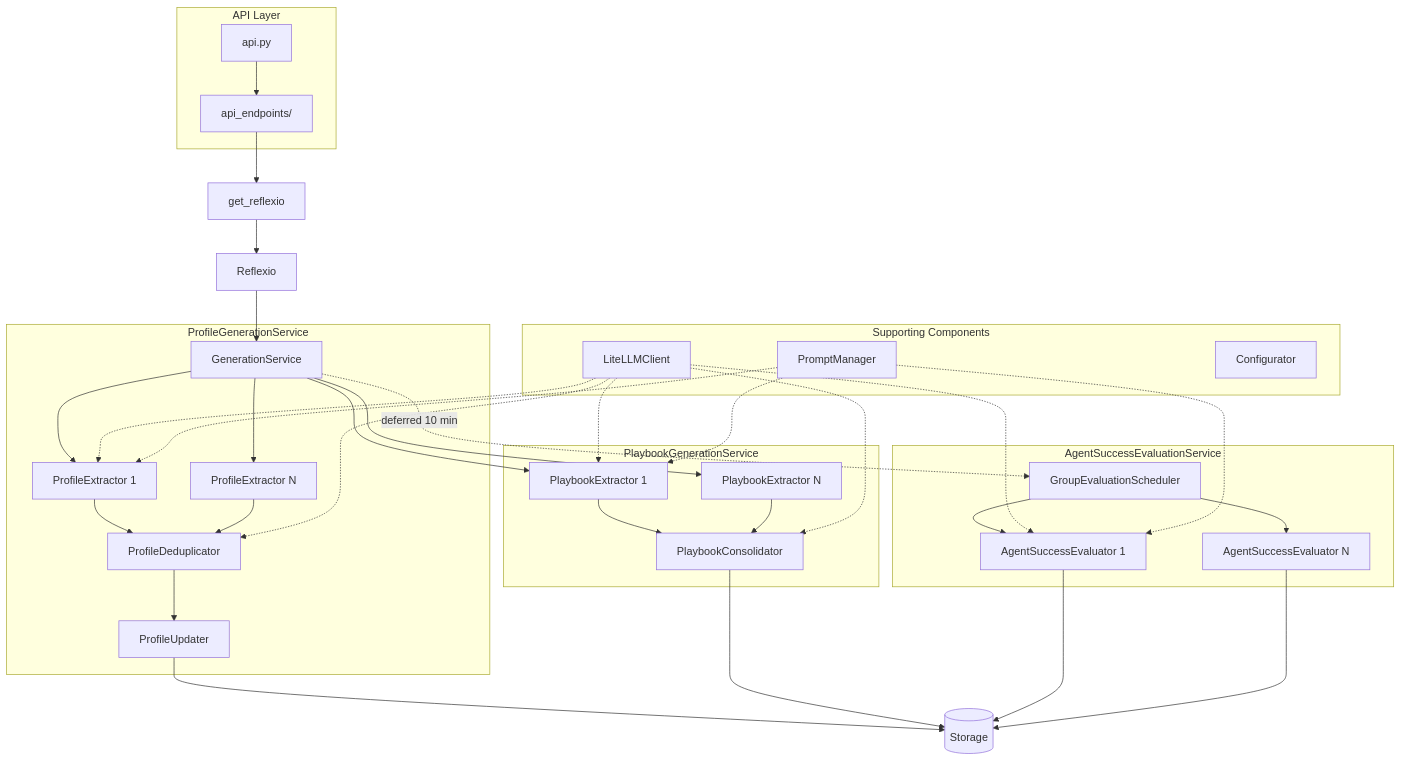
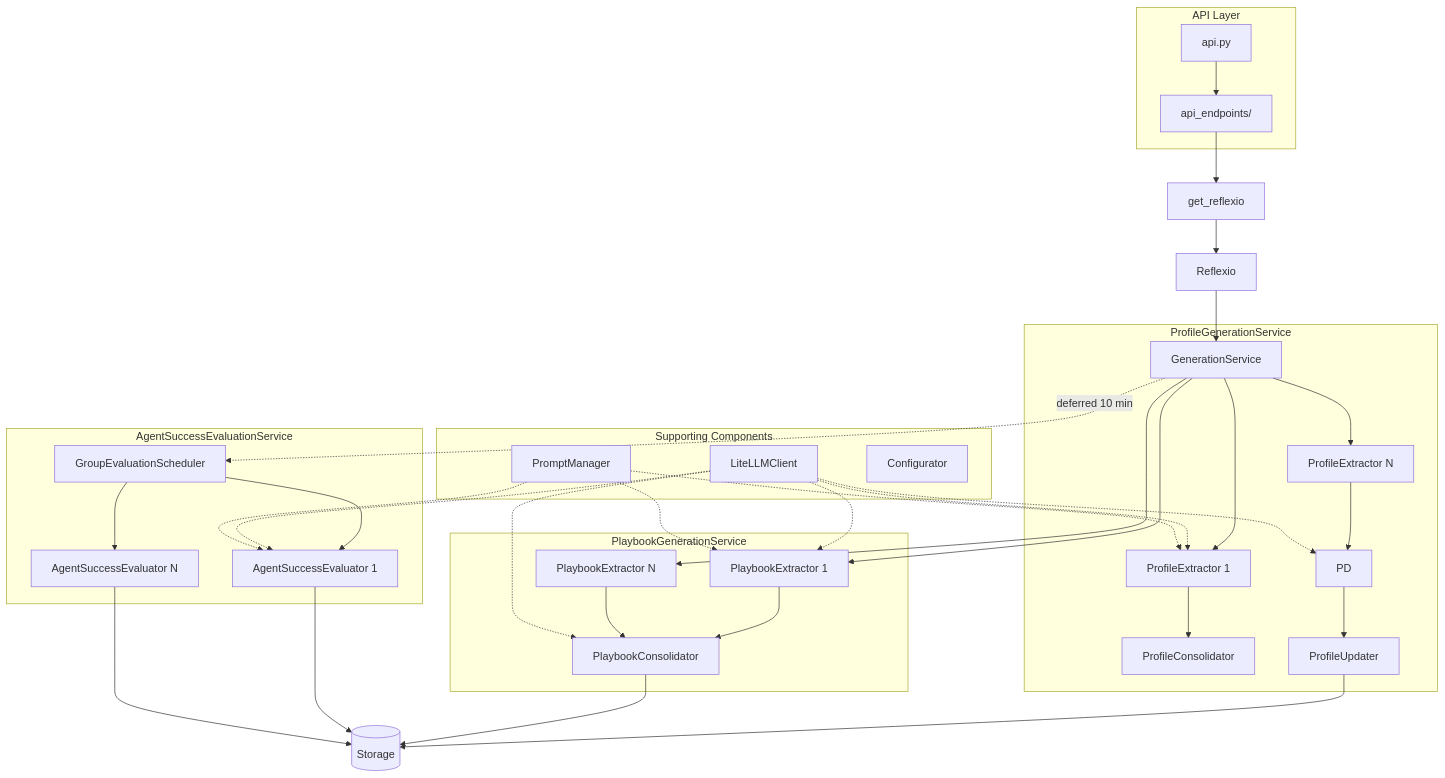
The diagram in reflexio/server/README.md (ReflexioAI/reflexio), drawn with Mermaid before and after one commit. The commit also changed other lines of this file and 4 other files, not shown here.

Commit message:
docs(profile): document consolidator path

````diff
--- a/reflexio/server/README.md
+++ b/reflexio/server/README.md
@@ -532,51 +532,51 @@
 ```mermaid
 flowchart TB
     subgraph API["API Layer"]
         A[api.py] --> B[api_endpoints/]
     end
 
     B --> C[get_reflexio]
     C --> D[Reflexio]
     D --> E[GenerationService]
 
     subgraph ProfileService["ProfileGenerationService"]
         E --> F1[ProfileExtractor 1]
         E --> F2[ProfileExtractor N]
-        F1 --> PD[ProfileDeduplicator]
+        F1 --> PC[ProfileConsolidator]
         F2 --> PD
         PD --> PU[ProfileUpdater]
     end
 
     subgraph PlaybookService["PlaybookGenerationService"]
         E --> G1[PlaybookExtractor 1]
         E --> G2[PlaybookExtractor N]
         G1 --> FD[PlaybookConsolidator]
         G2 --> FD
     end
 
     subgraph EvalService["AgentSuccessEvaluationService"]
         E -.->|deferred 10 min| SCH[GroupEvaluationScheduler]
         SCH --> H1[AgentSuccessEvaluator 1]
         SCH --> H2[AgentSuccessEvaluator N]
     end
 
     PU --> I[(Storage)]
     FD --> I
     H1 --> I
     H2 --> I
 
     subgraph Support["Supporting Components"]
         J[LiteLLMClient]
         K[PromptManager]
         L[Configurator]
     end
 
     J -.-> F1
     J -.-> G1
     J -.-> H1
     J -.-> PD
     J -.-> FD
     K -.-> F1
     K -.-> G1
     K -.-> H1
 ```
````
